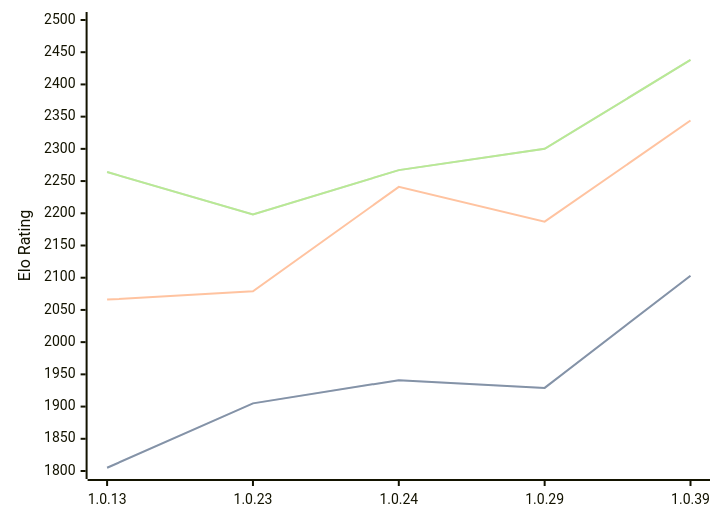
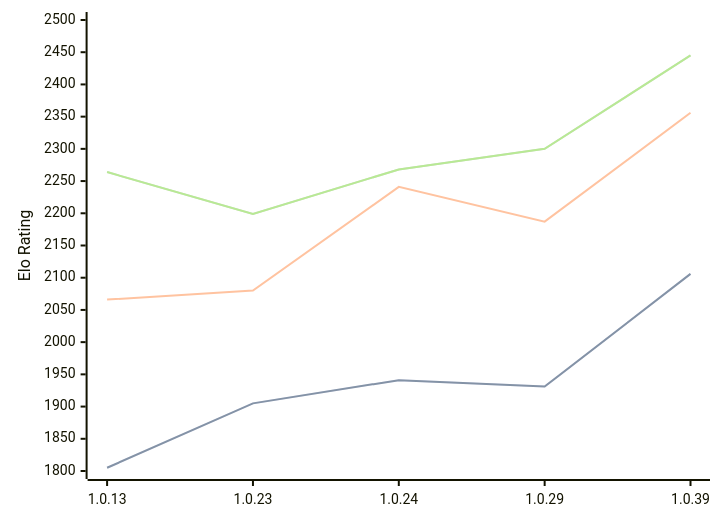
Before and after one commit to computer-chess-index/cci: the diagram in engines/RustyRival.md, drawn with Mermaid. The commit also changed other lines of this file, not shown here.

Commit message:
Update CCI Ratings (ELO VLTC) - 2026-04-13

````diff
--- a/engines/RustyRival.md
+++ b/engines/RustyRival.md
@@ -66,11 +66,11 @@
 ```mermaid
 %%{init: {"theme":"base","themeVariables":{"seriesColors:['#a3a3a3','#222221','#faa371']}}}%%
 xychart-beta
   x-axis ["1.0.13", "1.0.23", "1.0.24", "1.0.29", "1.0.39"]
   y-axis "Elo Rating" 1800 --> 2500
-  line "STC (8.0+0.08s)" [1805, 1905, 1941, 1929, 2103]
-  line "STC (8.0+0.08s)" [1805, 1905, 1941, 1929, 2103]
-  line "LTC (60.0+0.60s)" [2066, 2079, 2241, 2187, 2344]
-  line "VLTC (2m24s+1.12s)" [2264, 2198, 2267, 2300, 2438]
-  line "VLTC (2m24s+1.12s)" [2264, 2198, 2267, 2300, 2438]
+  line "STC (8.0+0.08s)" [1805, 1905, 1941, 1931, 2106]
+  line "STC (8.0+0.08s)" [1805, 1905, 1941, 1931, 2106]
+  line "LTC (60.0+0.60s)" [2066, 2080, 2241, 2187, 2356]
+  line "VLTC (2m24s+1.12s)" [2264, 2199, 2268, 2300, 2445]
+  line "VLTC (2m24s+1.12s)" [2264, 2199, 2268, 2300, 2445]
 ```
````
